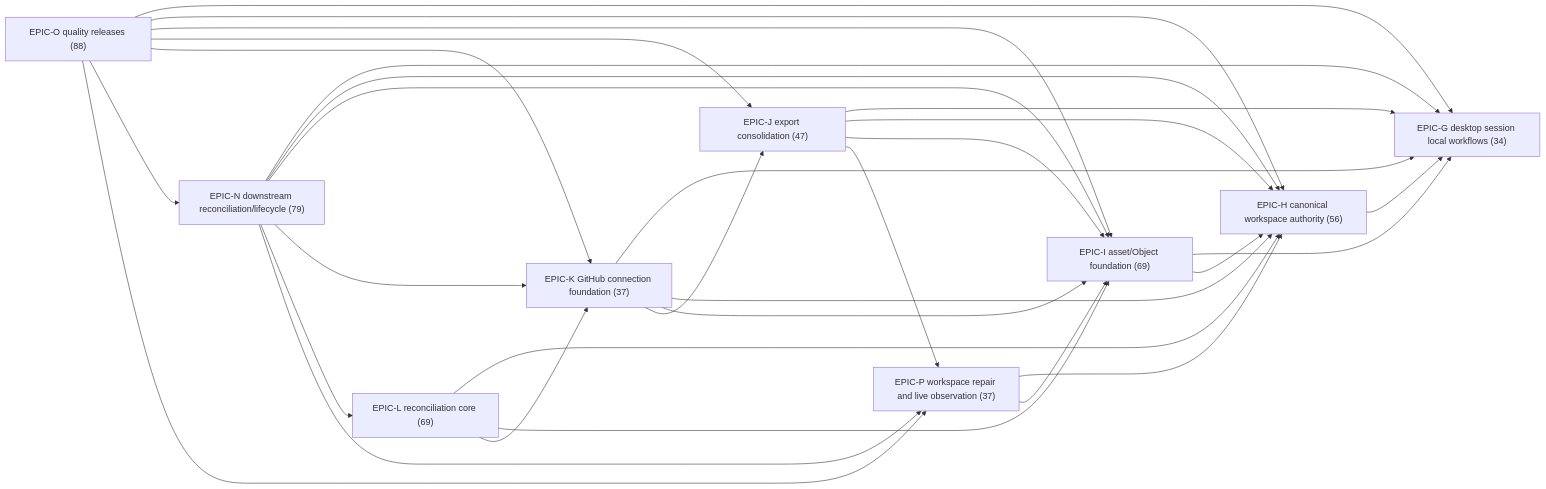
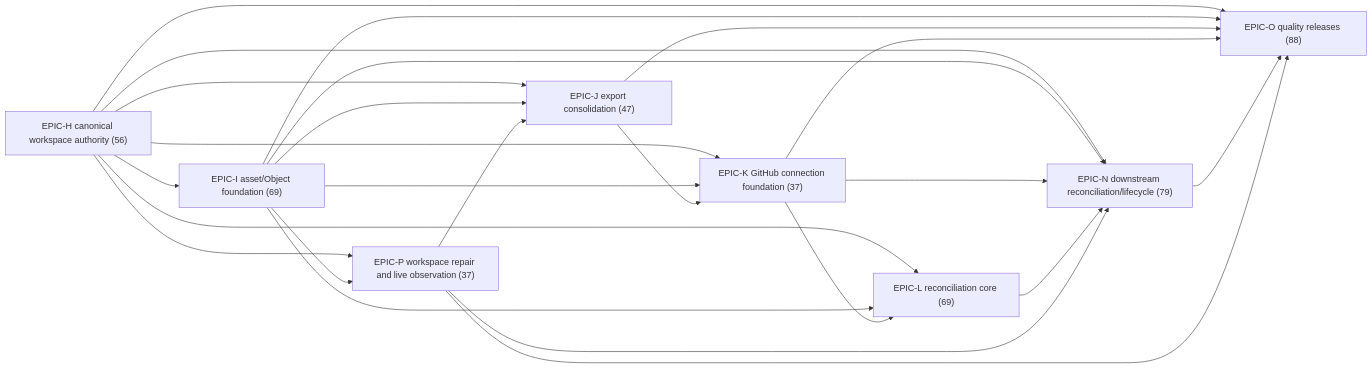
The diagram in .constitution/tasks/critical-path.md (SkrOYC/burlmd), drawn with Mermaid before and after one commit. The commit also changed other lines of this file and 8 other files, not shown here.

````diff
--- a/.constitution/tasks/critical-path.md
+++ b/.constitution/tasks/critical-path.md
@@ -33,41 +32,34 @@
 ```mermaid
 flowchart LR
-  G["EPIC-G desktop session local workflows (34)"]
   H["EPIC-H canonical workspace authority (56)"]
   I["EPIC-I asset/Object foundation (69)"]
   J["EPIC-J export consolidation (47)"]
   K["EPIC-K GitHub connection foundation (37)"]
   L["EPIC-L reconciliation core (69)"]
   N["EPIC-N downstream reconciliation/lifecycle (79)"]
   O["EPIC-O quality releases (88)"]
   P["EPIC-P workspace repair and live observation (37)"]
-  H --> G
-  I --> G
-  I --> H
-  J --> G
-  J --> H
-  J --> I
-  J --> P
-  K --> G
-  K --> H
-  K --> I
-  K --> J
-  L --> H
-  L --> I
-  L --> K
-  N --> G
-  N --> H
-  N --> I
-  N --> K
-  N --> L
-  N --> P
-  O --> G
-  O --> H
-  O --> I
-  O --> J
-  O --> K
-  O --> N
-  O --> P
-  P --> H
-  P --> I
+  H --> I
+  H --> J
+  I --> J
+  P --> J
+  H --> K
+  I --> K
+  J --> K
+  H --> L
+  I --> L
+  K --> L
+  H --> N
+  I --> N
+  K --> N
+  L --> N
+  P --> N
+  H --> O
+  I --> O
+  J --> O
+  K --> O
+  N --> O
+  P --> O
+  H --> P
+  I --> P
 ```
````
